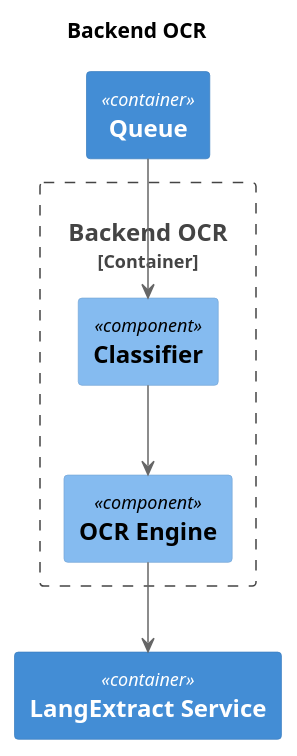
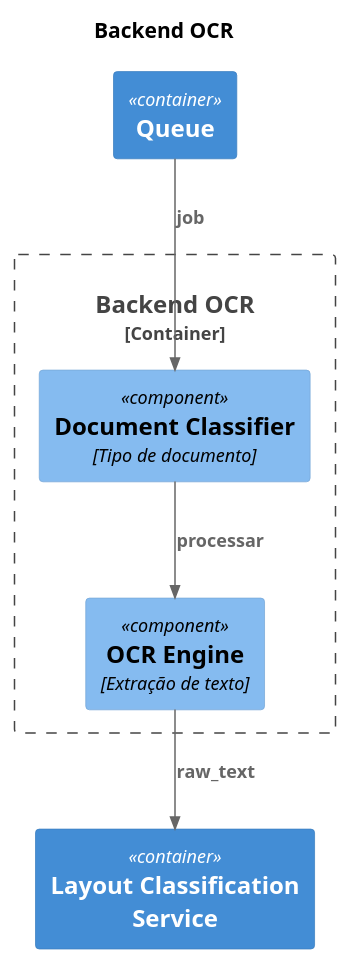
Before and after one commit to InnoVoxAI/docuparser: the diagram in docs/specs/backend_ocr.puml, drawn with PlantUML. The commit also changed 3 other files, not shown here.

```diff
--- a/docs/specs/backend_ocr.puml
+++ b/docs/specs/backend_ocr.puml
@@ -1,19 +1,19 @@
 @startuml
 !includeurl https://raw.githubusercontent.com/plantuml-stdlib/C4-PlantUML/master/C4_Component.puml
 
 title Backend OCR
 
 Container_Boundary(ocr, "Backend OCR") {
 
-    Component(classifier, "Classifier")
-    Component(ocr_engine, "OCR Engine")
+    Component(classifier, "Document Classifier", "Tipo de documento")
+    Component(ocr_engine, "OCR Engine", "Extração de texto")
 }
 
 Container(queue, "Queue")
-Container(langextract, "LangExtract Service")
+Container(layout, "Layout Classification Service")
 
-queue --> classifier
-classifier --> ocr_engine
-ocr_engine --> langextract
+Rel(queue, classifier, "job")
+Rel(classifier, ocr_engine, "processar")
+Rel(ocr_engine, layout, "raw_text")
 
 @enduml
```
